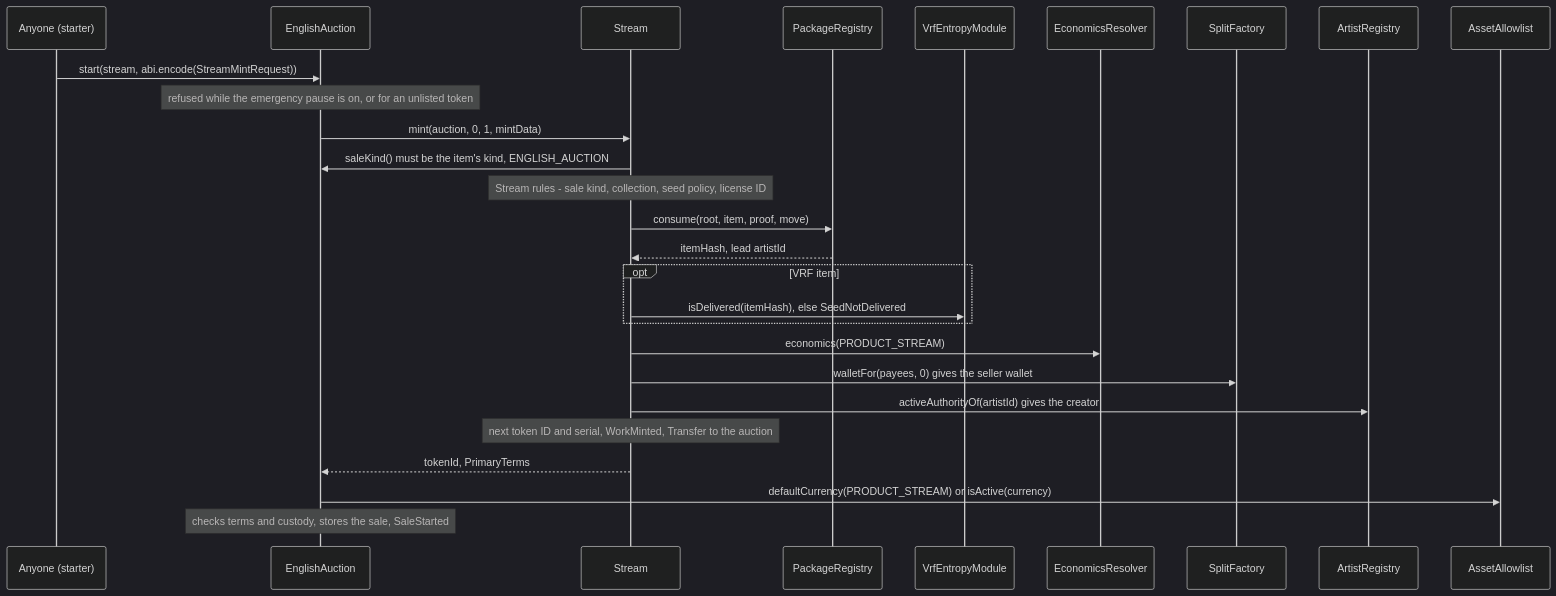
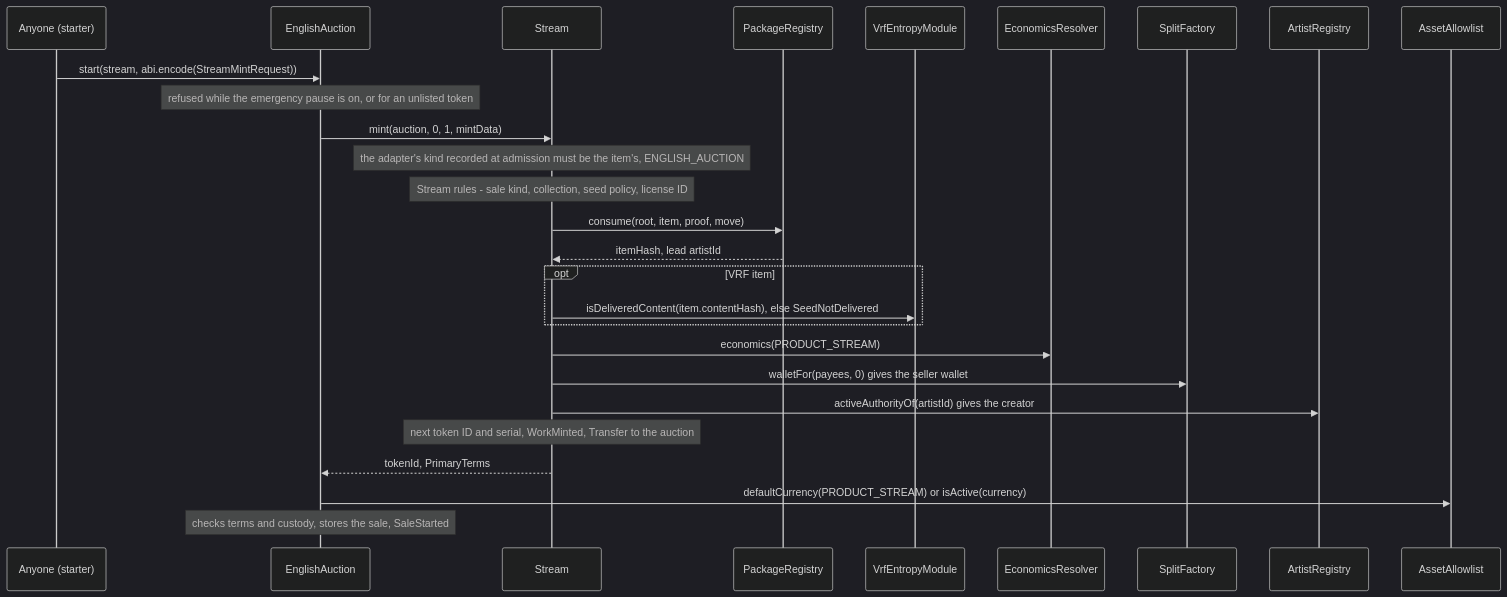
The fourth of 11 diagrams in docs/spec/stream-and-auctions.md (6529-Collections/6529-works), drawn with Mermaid (dark theme) before and after one commit. The commit also changed other lines of this file and 52 other files, not shown here.

````diff
--- a/docs/spec/stream-and-auctions.md
+++ b/docs/spec/stream-and-auctions.md
@@ -216,29 +236,29 @@
 ```mermaid
 sequenceDiagram
     participant Anyone as Anyone (starter)
     participant Auction as EnglishAuction
     participant Stream as Stream
     participant Registry as PackageRegistry
     participant Entropy as VrfEntropyModule
     participant Econ as EconomicsResolver
     participant Factory as SplitFactory
     participant Artists as ArtistRegistry
     participant Allowlist as AssetAllowlist
     Anyone->>Auction: start(stream, abi.encode(StreamMintRequest))
     Note over Auction: refused while the emergency pause is on, or for an unlisted token
     Auction->>Stream: mint(auction, 0, 1, mintData)
-    Stream->>Auction: saleKind() must be the item's kind, ENGLISH_AUCTION
+    Note over Stream: the adapter's kind recorded at admission must be the item's, ENGLISH_AUCTION
     Note over Stream: Stream rules - sale kind, collection, seed policy, license ID
     Stream->>Registry: consume(root, item, proof, move)
     Registry-->>Stream: itemHash, lead artistId
     opt VRF item
-        Stream->>Entropy: isDelivered(itemHash), else SeedNotDelivered
+        Stream->>Entropy: isDeliveredContent(item.contentHash), else SeedNotDelivered
     end
     Stream->>Econ: economics(PRODUCT_STREAM)
     Stream->>Factory: walletFor(payees, 0) gives the seller wallet
     Stream->>Artists: activeAuthorityOf(artistId) gives the creator
     Note over Stream: next token ID and serial, WorkMinted, Transfer to the auction
     Stream-->>Auction: tokenId, PrimaryTerms
     Auction->>Allowlist: defaultCurrency(PRODUCT_STREAM) or isActive(currency)
     Note over Auction: checks terms and custody, stores the sale, SaleStarted
 ```
````
